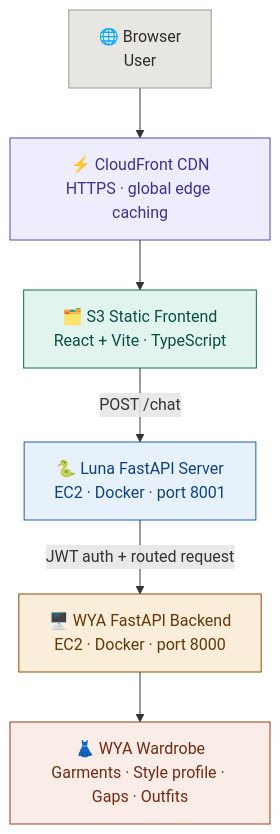
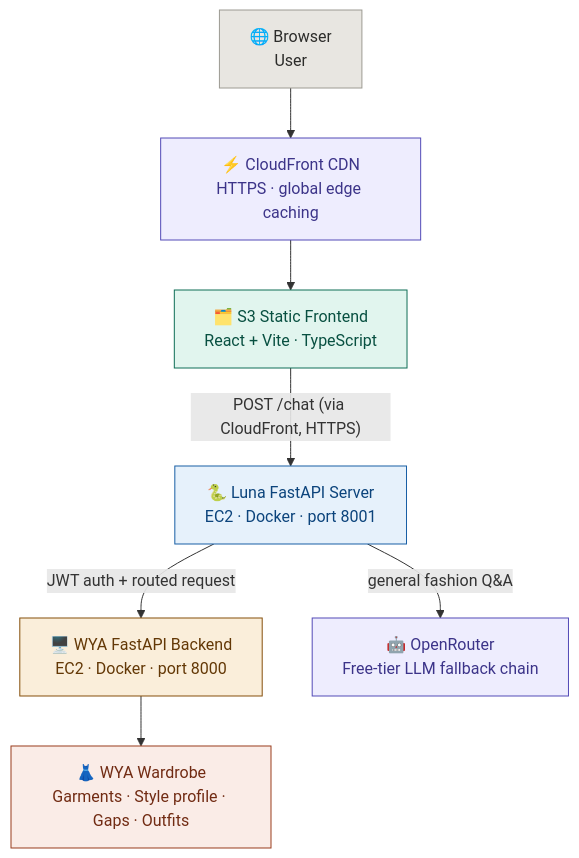
One commit to ria0304/luna-stylist changed the diagram in README.md. Above: the diagram before and after it, drawn with Mermaid. The commit also changed other lines of this file, not shown here.

````diff
--- a/README.md
+++ b/README.md
@@ -96,27 +108,24 @@
 ```mermaid
 flowchart TD
     A["🌐 Browser\nUser"]:::gray
-
     B["⚡ CloudFront CDN\nHTTPS · global edge caching"]:::purple
-
     C["🗂️ S3 Static Frontend\nReact + Vite · TypeScript"]:::teal
-
     D["🐍 Luna FastAPI Server\nEC2 · Docker · port 8001"]:::blue
-
     E["🖥️ WYA FastAPI Backend\nEC2 · Docker · port 8000"]:::amber
-
     F["👗 WYA Wardrobe\nGarments · Style profile · Gaps · Outfits"]:::coral
+    G["🤖 OpenRouter\nFree-tier LLM fallback chain"]:::purple
 
     A --> B
     B --> C
-    C -->|"POST /chat"| D
+    C -->|"POST /chat (via CloudFront, HTTPS)"| D
     D -->|"JWT auth + routed request"| E
     E --> F
+    D -->|"general fashion Q&A"| G
 
     classDef gray   fill:#e8e6e1,stroke:#9c9a92,color:#2C2C2A
     classDef purple fill:#EEEDFE,stroke:#534AB7,color:#3C3489
     classDef teal   fill:#E1F5EE,stroke:#0F6E56,color:#085041
     classDef blue   fill:#E6F1FB,stroke:#185FA5,color:#0C447C
     classDef amber  fill:#FAEEDA,stroke:#854F0B,color:#633806
     classDef coral  fill:#FAECE7,stroke:#993C1D,color:#712B13
 ```
````
